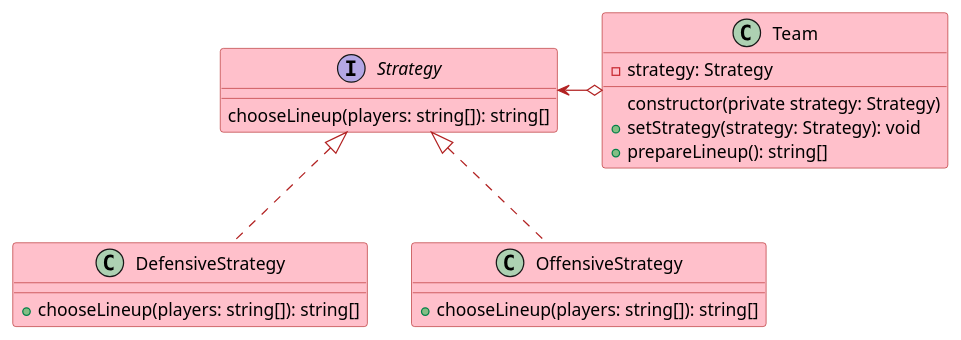
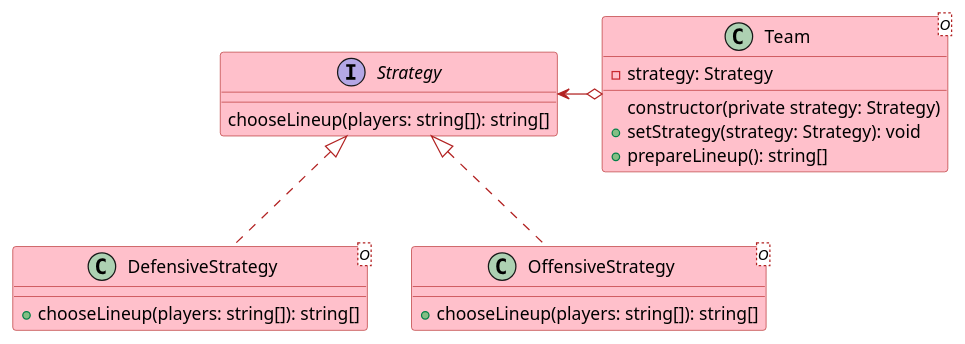
The diagram in src/app/behavioral/strategy/strategy.puml (plkpiotr/design-patterns), drawn with PlantUML before and after one commit. The commit also changed 21 other files, not shown here.

```diff
--- a/src/app/behavioral/strategy/strategy.puml
+++ b/src/app/behavioral/strategy/strategy.puml
@@ -1,33 +1,33 @@
 @startuml
 
 skinparam class {
   backgroundColor pink
   arrowColor firebrick
   borderColor firebrick
 }
 
 interface Strategy {
   chooseLineup(players: string[]): string[]
 }
 
-class Team {
+class Team <O> {
   - strategy: Strategy
   constructor(private strategy: Strategy)
   + setStrategy(strategy: Strategy): void
   + prepareLineup(): string[]
 }
 
-class DefensiveStrategy {
+class DefensiveStrategy <O> {
   + chooseLineup(players: string[]): string[]
 }
 
-class OffensiveStrategy {
+class OffensiveStrategy <O> {
   + chooseLineup(players: string[]): string[]
 }
 
 Strategy <-o Team
 
 Strategy <|.. DefensiveStrategy
 Strategy <|.. OffensiveStrategy
 
 @enduml
```
